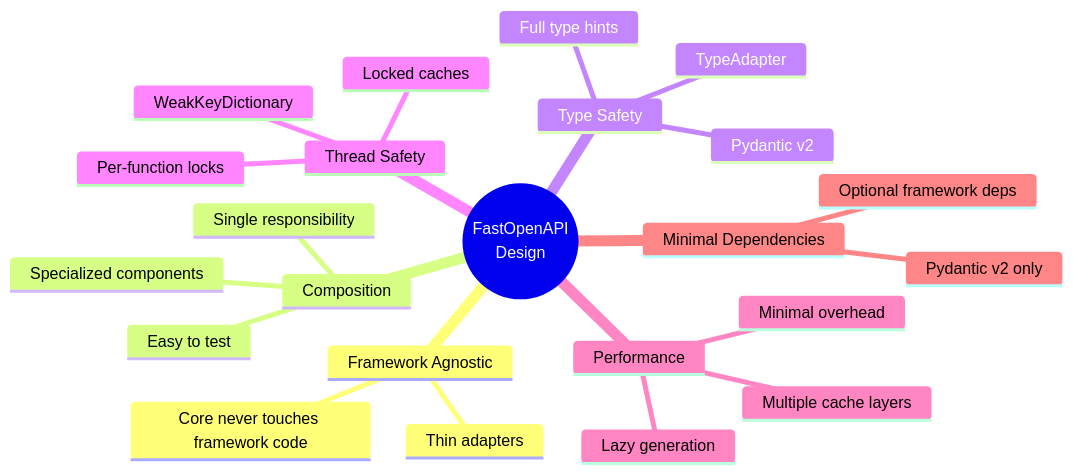
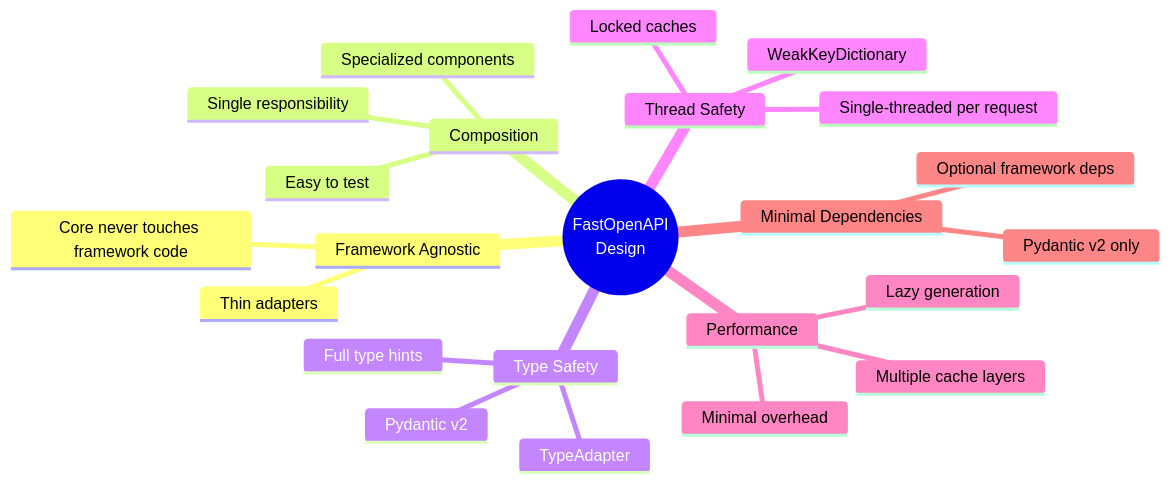
The sixth of 6 diagrams in docs/advanced/architecture_quick_reference.md (mr-fatalyst/fastopenapi), drawn with Mermaid before and after one commit. The commit also changed other lines of this file and 17 other files, not shown here.

````diff
--- a/docs/advanced/architecture_quick_reference.md
+++ b/docs/advanced/architecture_quick_reference.md
@@ -166,26 +166,26 @@
 ```mermaid
 mindmap
   root((FastOpenAPI<br/>Design))
     Framework Agnostic
       Core never touches framework code
       Thin adapters
     Composition
       Specialized components
       Single responsibility
       Easy to test
     Type Safety
       Full type hints
       Pydantic v2
       TypeAdapter
     Thread Safety
       Locked caches
       WeakKeyDictionary
-      Per-function locks
+      Single-threaded per request
     Performance
       Multiple cache layers
       Lazy generation
       Minimal overhead
     Minimal Dependencies
       Pydantic v2 only
       Optional framework deps
 ```
````
